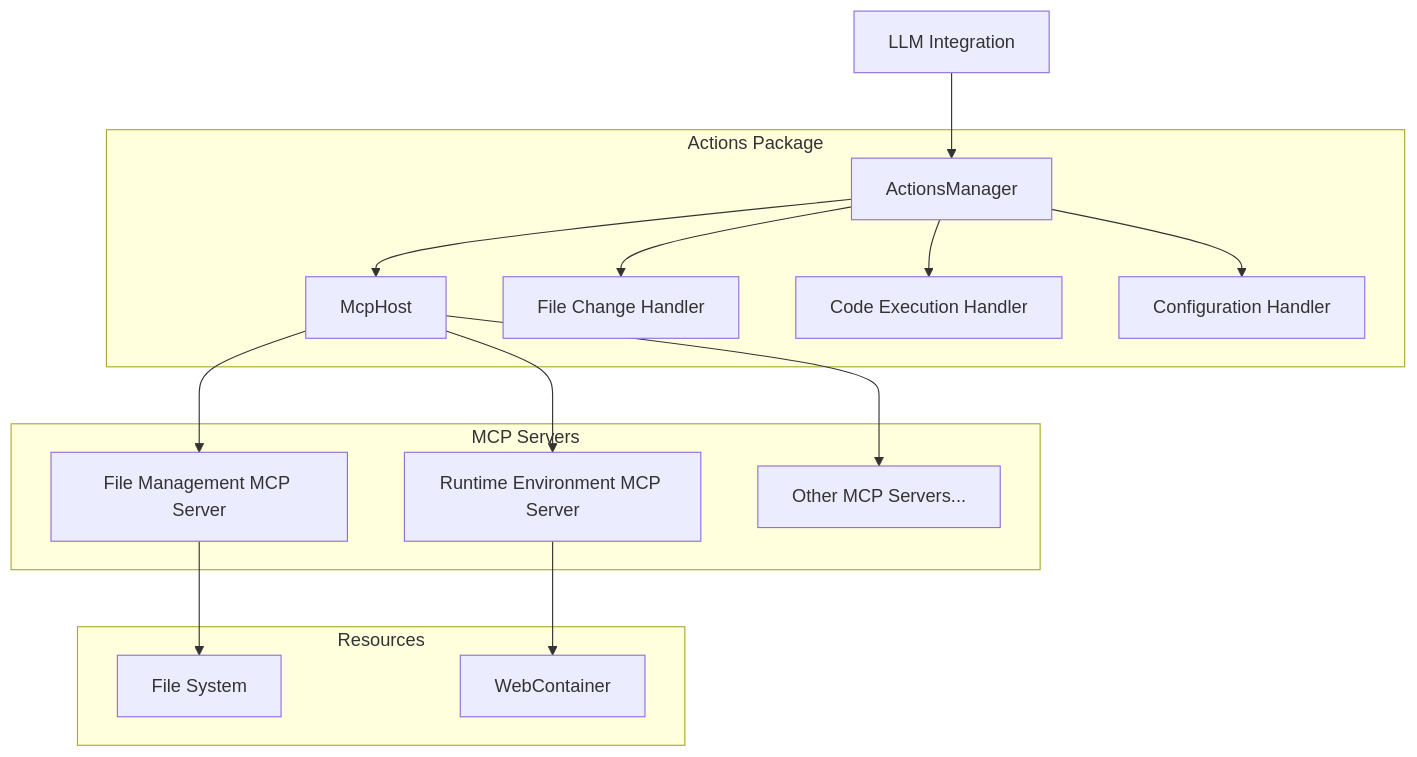
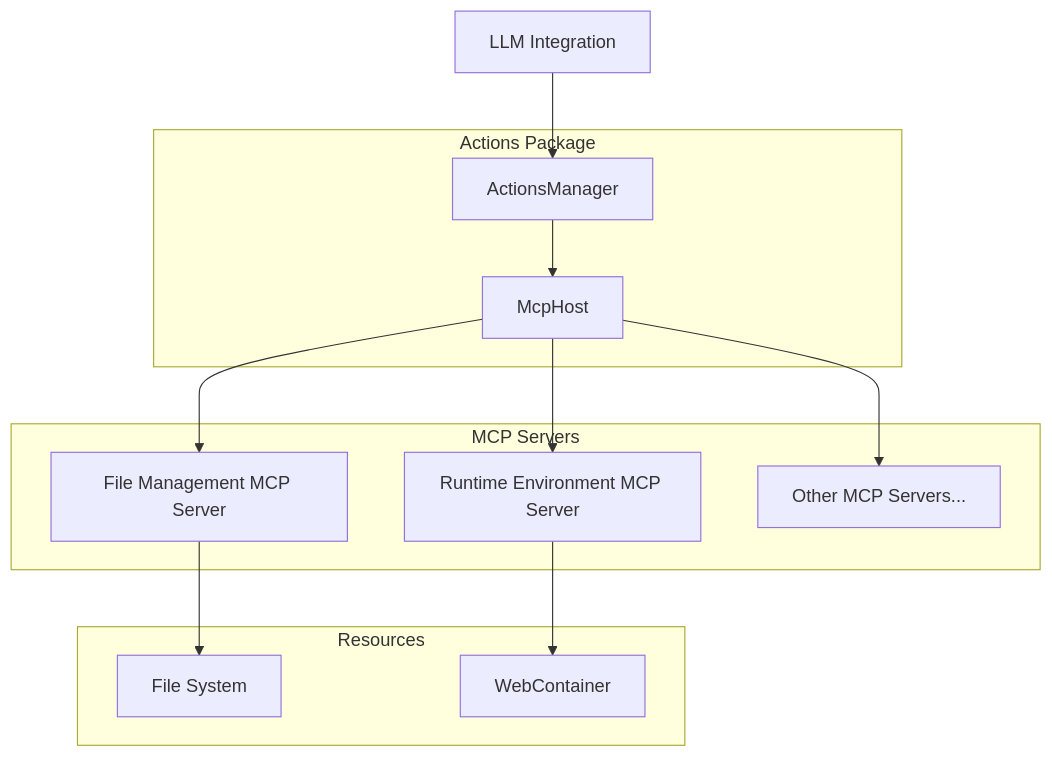
The first of 2 diagrams in packages/actions/README.md (mrsimpson/piddie), drawn with Mermaid before and after one commit. The commit also changed other lines of this file and 5 other files, not shown here.

````diff
--- a/packages/actions/README.md
+++ b/packages/actions/README.md
@@ -9,24 +9,21 @@
 ```mermaid
 graph TD
     subgraph "Actions Package"
         AM[ActionsManager] --> MCH[McpHost]
-        AM --> FCH[File Change Handler]
-        AM --> CEH[Code Execution Handler]
-        AM --> CH[Configuration Handler]
     end
 
     subgraph "MCP Servers"
         MCH --> FS[File Management MCP Server]
         MCH --> RE[Runtime Environment MCP Server]
         MCH --> OMS[Other MCP Servers...]
     end
 
     subgraph "Resources"
         FileSystem[File System]
         WebContainer[WebContainer]
     end
 
     LLM[LLM Integration] --> AM
     FS --> FileSystem
     RE --> WebContainer
 ```
````
